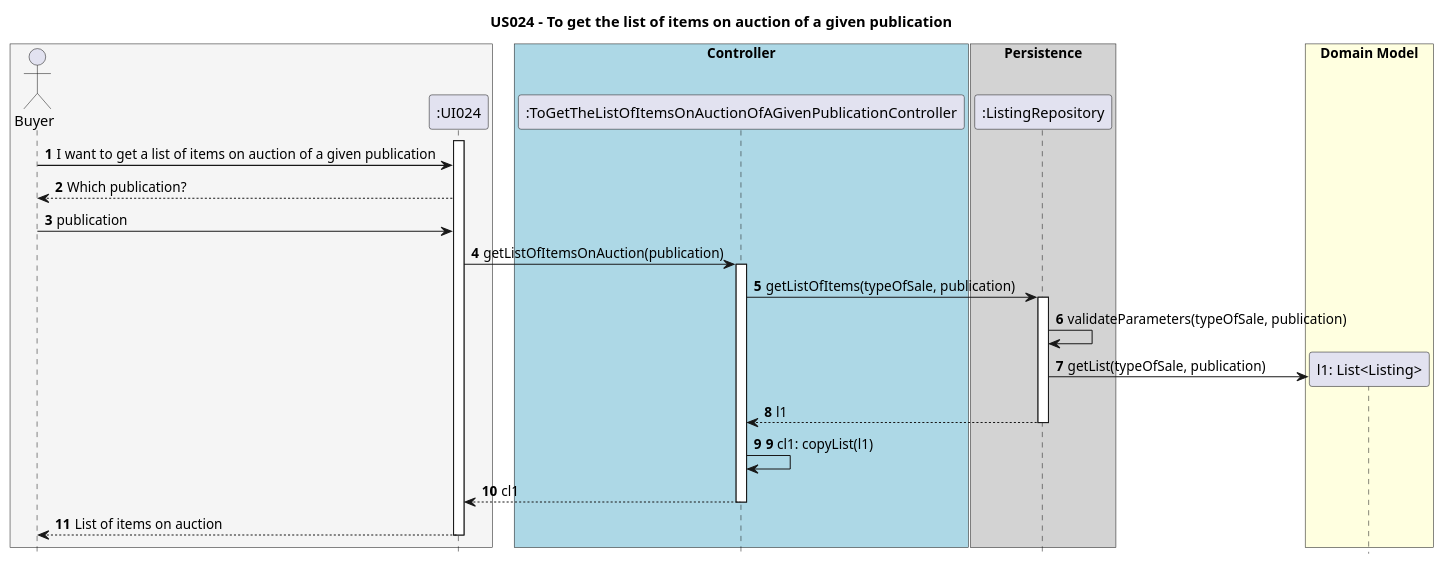
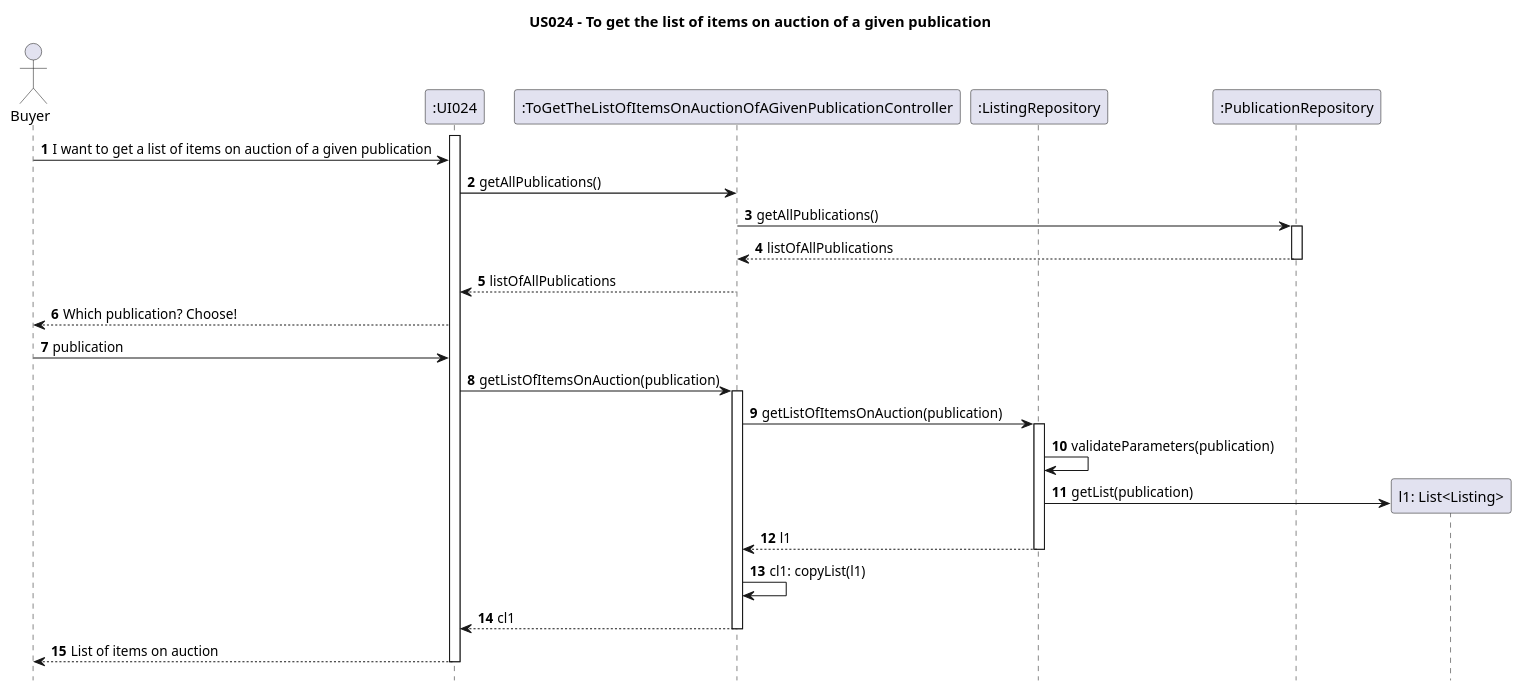
The diagram in Diagrams/SequenceDiagrams/N2/US024-to-get-the-list-of-items-on-auction-of-a-given-publication.puml (AndrePereiraGitH/SWitCH-Project-Team_A), drawn with PlantUML before and after one commit. The commit also changed 6 other files, not shown here.

```diff
--- a/Diagrams/SequenceDiagrams/N2/US024-to-get-the-list-of-items-on-auction-of-a-given-publication.puml
+++ b/Diagrams/SequenceDiagrams/N2/US024-to-get-the-list-of-items-on-auction-of-a-given-publication.puml
@@ -1,60 +1,68 @@
 @startuml
 
 hide footbox
 autonumber
 title US024 - To get the list of items on auction of a given publication
 
-box #WhiteSmoke
+' box #WhiteSmoke
 actor Buyer
 participant ":UI024" as UI024
-end box
+' end box
 
-box "Controller" #LightBlue
+' box "Controller" #LightBlue
 participant ":ToGetTheListOfItemsOnAuctionOfAGivenPublicationController" as ToGetTheListOfItemsOnAuctionOfAGivenPublicationController
-end box
+' end box
 
-box "Persistence" #LightGrey
+' box "Persistence" #LightGrey
 participant ":ListingRepository" as ListingRepository
-end box
+' end box
+
+participant ":PublicationRepository" as PublicationRepository
 
 ' Buyer -> UI024 : **1** getListOfItems(typeOfSale, publication)
 activate UI024
 Buyer -> UI024 : I want to get a list of items on auction of a given publication
-Buyer <-- UI024 : Which publication?
+UI024 -> ToGetTheListOfItemsOnAuctionOfAGivenPublicationController: getAllPublications()
+ToGetTheListOfItemsOnAuctionOfAGivenPublicationController -> PublicationRepository: getAllPublications()
+activate PublicationRepository
+PublicationRepository --> ToGetTheListOfItemsOnAuctionOfAGivenPublicationController: listOfAllPublications
+deactivate PublicationRepository
+ToGetTheListOfItemsOnAuctionOfAGivenPublicationController --> UI024 : listOfAllPublications
+Buyer <-- UI024 : Which publication? Choose!
 Buyer -> UI024 : publication
 
 ' UI024 -> ToGetTheListOfItemsOnAuctionOfAGivenPublicationController : **4** getListOfItems(typeOfSale, publication)
 UI024 -> ToGetTheListOfItemsOnAuctionOfAGivenPublicationController : getListOfItemsOnAuction(publication)
 activate ToGetTheListOfItemsOnAuctionOfAGivenPublicationController
 
 ' ToGetTheListOfItemsOnAuctionOfAGivenPublicationController -> ListingRepository : **3** getListOfItems(typeOfSale, publication)
-ToGetTheListOfItemsOnAuctionOfAGivenPublicationController -> ListingRepository : getListOfItems(typeOfSale, publication)
+ToGetTheListOfItemsOnAuctionOfAGivenPublicationController -> ListingRepository : getListOfItemsOnAuction(publication)
 activate ListingRepository
 
 ' ItemRepository -> ItemRepository : **4** convertStringToEnum(typeOfSale, publication)
 
 ' ListingRepository -> ListingRepository : **4** validateParameters(typeOfSale, publication)
-ListingRepository -> ListingRepository : validateParameters(typeOfSale, publication)
+ListingRepository -> ListingRepository : validateParameters(publication)
 
-box "Domain Model" #LightYellow
+' box "Domain Model" #LightYellow
 create "l1: List<Listing>" as Listing
 ' ListingRepository -> Item : **5** createList(typeOfSale, publication)
-ListingRepository -> Listing : getList(typeOfSale, publication)
-end box
+ListingRepository -> Listing : getList(publication)
+' end box
 
 ' ListingRepository --> ToGetTheListOfItemsOnAuctionOfAGivenPublicationController : **6** List<Item> items
 ListingRepository --> ToGetTheListOfItemsOnAuctionOfAGivenPublicationController : l1
 deactivate ListingRepository
 
 ' ToGetTheListOfItemsOnAuctionOfAGivenPublicationController -> ToGetTheListOfItemsOnAuctionOfAGivenPublicationController : **7** copyList(items)
-ToGetTheListOfItemsOnAuctionOfAGivenPublicationController -> ToGetTheListOfItemsOnAuctionOfAGivenPublicationController : **9** cl1: copyList(l1)
+ToGetTheListOfItemsOnAuctionOfAGivenPublicationController -> ToGetTheListOfItemsOnAuctionOfAGivenPublicationController : cl1: copyList(l1)
 
 'ToGetTheListOfItemsOnAuctionOfAGivenPublicationController --> UI024 : **8** List<copyItems> (copyItems)
 ToGetTheListOfItemsOnAuctionOfAGivenPublicationController --> UI024 : cl1
 deactivate ToGetTheListOfItemsOnAuctionOfAGivenPublicationController
 
 'UI024 --> Buyer : **9** List<copyItems> (copyItems)'
 UI024 --> Buyer : List of items on auction
 deactivate UI024
 
 @enduml
```
